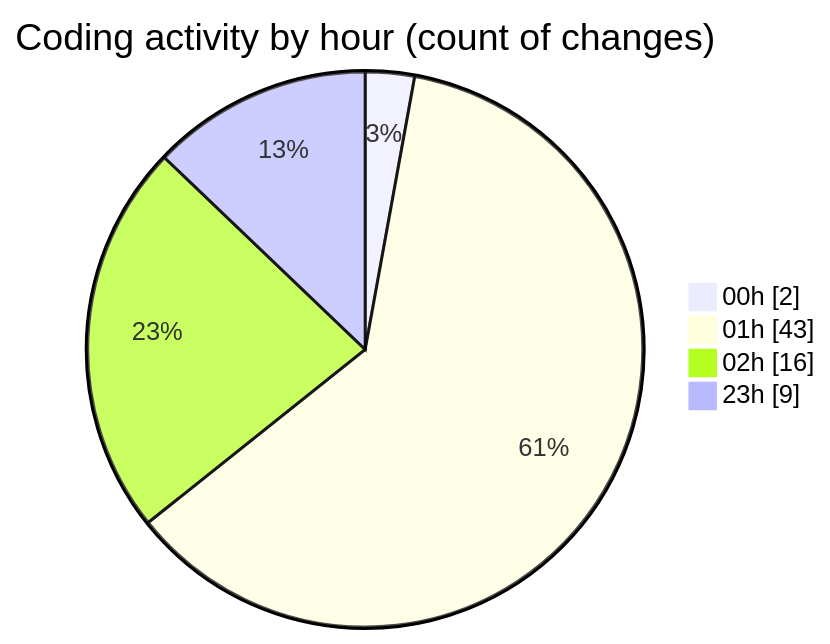
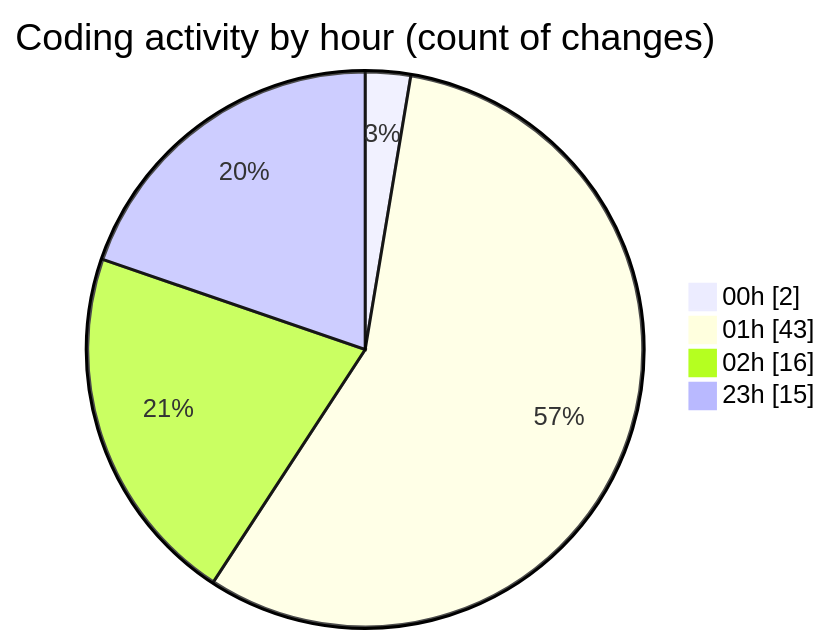
One commit to lephambinh05/code-tracking changed the second of 2 diagrams in 2025-07-16/nhahang/README.md. Above: the diagram before and after it, drawn with Mermaid. The commit also changed other lines of this file and 1 other file, not shown here.

````diff
--- a/2025-07-16/nhahang/README.md
+++ b/2025-07-16/nhahang/README.md
@@ -56,8 +57,8 @@
 ```mermaid
 pie showData
 title Coding activity by hour (count of changes)
 "00h" : 2
 "01h" : 43
 "02h" : 16
-"23h" : 9
+"23h" : 15
 ```
````
